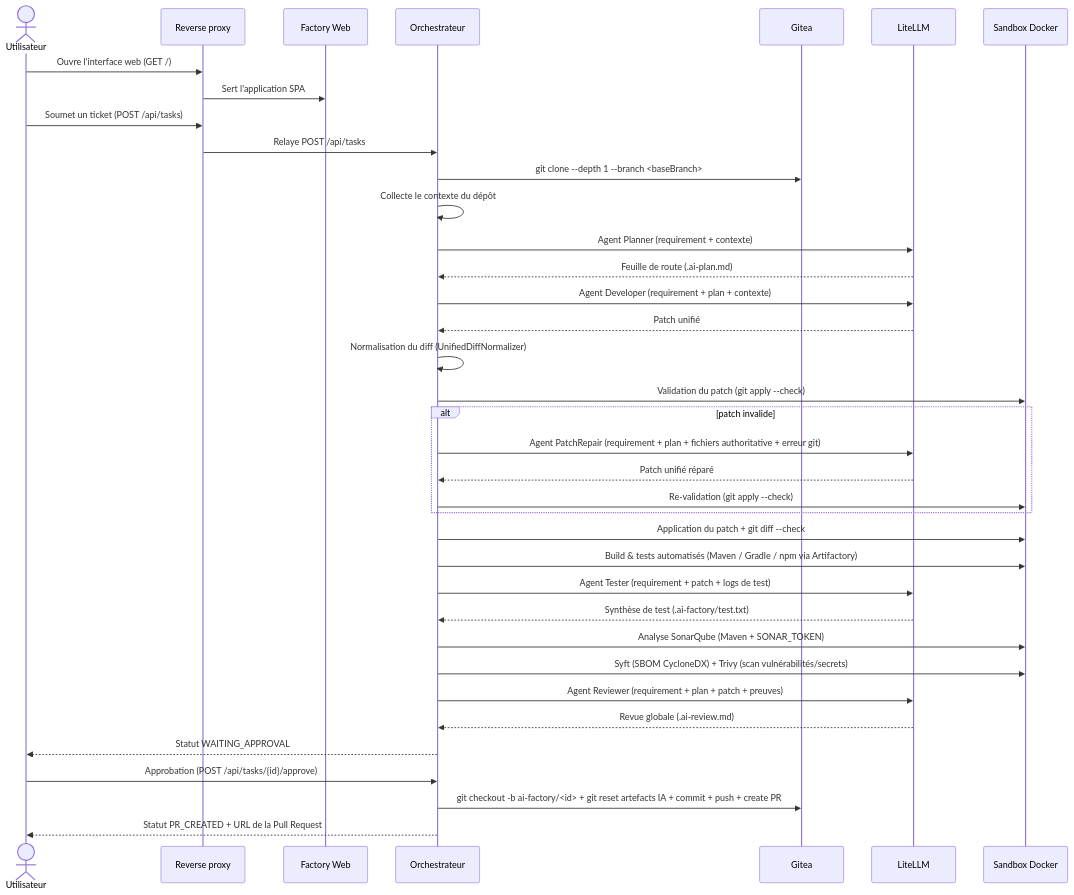
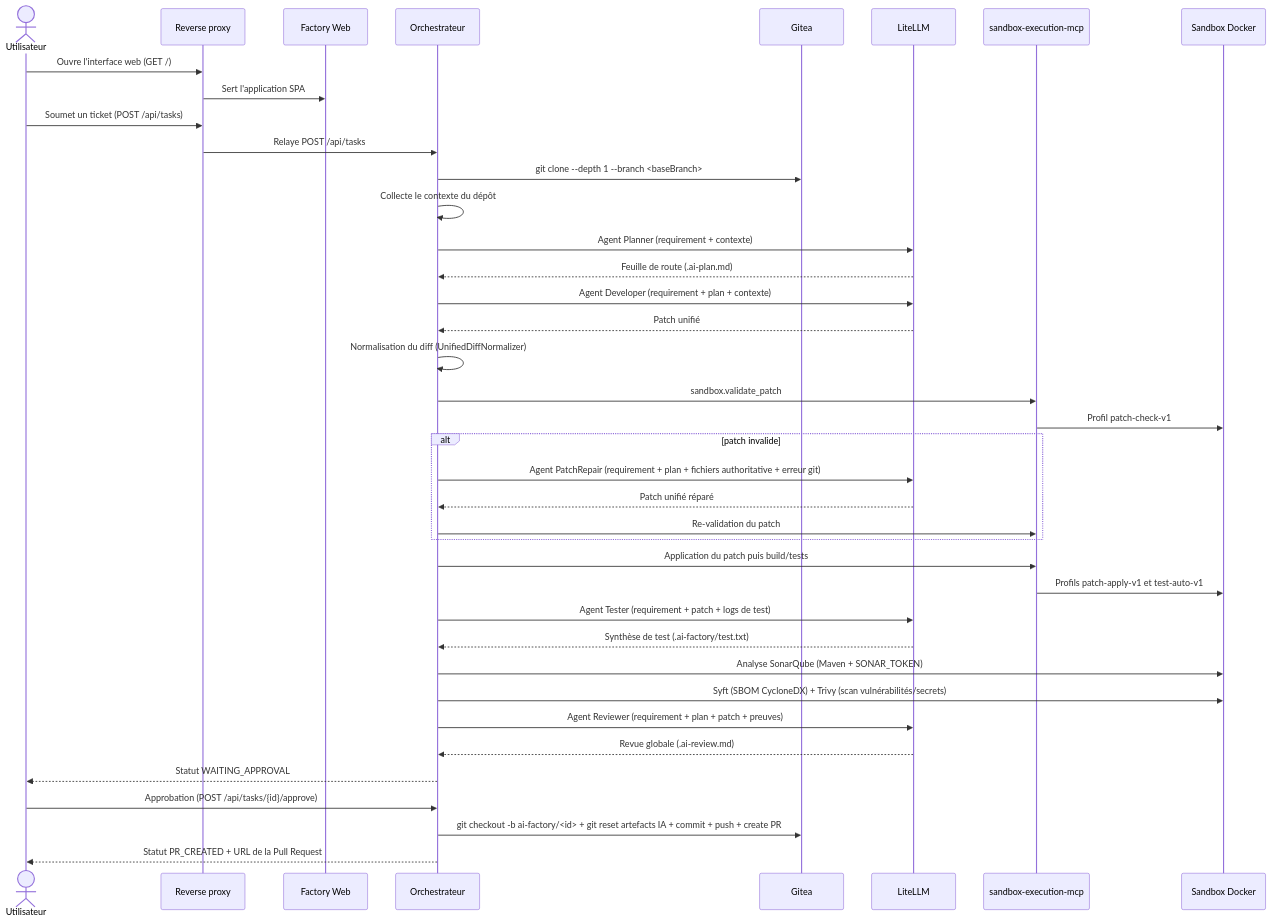
Before and after one commit to dbeaumont/ai-software-factory-local: the third of 3 diagrams in docs/proto-architecture.md, drawn with Mermaid. The commit also changed other lines of this file and 72 other files, not shown here.

````diff
--- a/docs/proto-architecture.md
+++ b/docs/proto-architecture.md
@@ -82,40 +87,42 @@
 ```mermaid
 sequenceDiagram
   actor U as Utilisateur
   participant P as Reverse proxy
   participant W as Factory Web
   participant O as Orchestrateur
   participant G as Gitea
   participant L as LiteLLM
+  participant C as sandbox-execution-mcp
   participant S as Sandbox Docker
 
   U->>P: Ouvre l'interface web (GET /)
   P->>W: Sert l'application SPA
   U->>P: Soumet un ticket (POST /api/tasks)
   P->>O: Relaye POST /api/tasks
   O->>G: git clone --depth 1 --branch <baseBranch>
   O->>O: Collecte le contexte du dépôt
   O->>L: Agent Planner (requirement + contexte)
   L-->>O: Feuille de route (.ai-plan.md)
   O->>L: Agent Developer (requirement + plan + contexte)
   L-->>O: Patch unifié
   O->>O: Normalisation du diff (UnifiedDiffNormalizer)
-  O->>S: Validation du patch (git apply --check)
+  O->>C: sandbox.validate_patch
+  C->>S: Profil patch-check-v1
   alt patch invalide
     O->>L: Agent PatchRepair (requirement + plan + fichiers authoritative + erreur git)
     L-->>O: Patch unifié réparé
-    O->>S: Re-validation (git apply --check)
+    O->>C: Re-validation du patch
   end
-  O->>S: Application du patch + git diff --check
-  O->>S: Build & tests automatisés (Maven / Gradle / npm via Artifactory)
+  O->>C: Application du patch puis build/tests
+  C->>S: Profils patch-apply-v1 et test-auto-v1
   O->>L: Agent Tester (requirement + patch + logs de test)
   L-->>O: Synthèse de test (.ai-factory/test.txt)
   O->>S: Analyse SonarQube (Maven + SONAR_TOKEN)
   O->>S: Syft (SBOM CycloneDX) + Trivy (scan vulnérabilités/secrets)
   O->>L: Agent Reviewer (requirement + plan + patch + preuves)
   L-->>O: Revue globale (.ai-review.md)
   O-->>U: Statut WAITING_APPROVAL
   U->>O: Approbation (POST /api/tasks/{id}/approve)
   O->>G: git checkout -b ai-factory/<id> + git reset artefacts IA + commit + push + create PR
   O-->>U: Statut PR_CREATED + URL de la Pull Request
 ```
````
